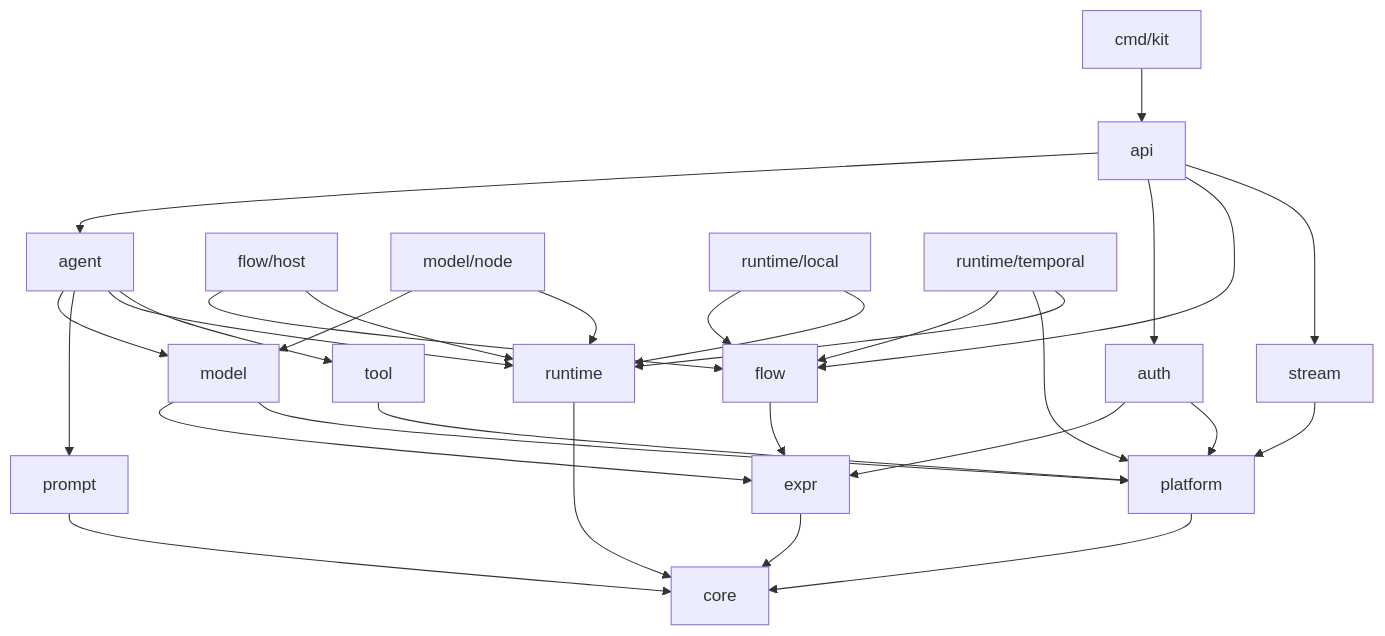
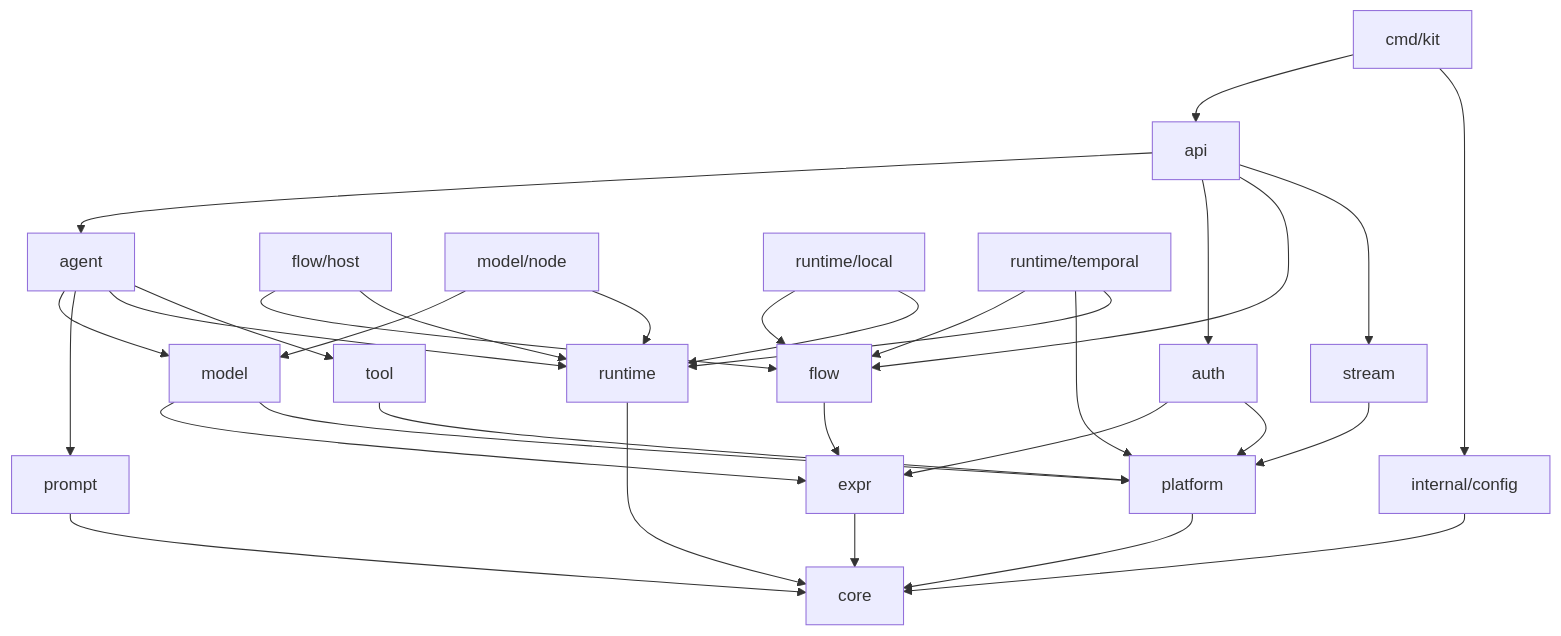
The diagram in docs/architecture/overview.md (epzero/basamento), drawn with Mermaid before and after one commit. The commit also changed other lines of this file and 3 other files, not shown here.

First line of the commit message:
docs(adr): accept ADR-0016 for the internal/config layer

````diff
--- a/docs/architecture/overview.md
+++ b/docs/architecture/overview.md
@@ -54,49 +56,52 @@
 ```mermaid
 flowchart TD
   agent["agent"]
   api["api"]
   auth["auth"]
   cmd_kit["cmd/kit"]
   core["core"]
   expr["expr"]
   flow["flow"]
   flow_host["flow/host"]
+  internal_config["internal/config"]
   model["model"]
   model_node["model/node"]
   platform["platform"]
   prompt["prompt"]
   runtime["runtime"]
   runtime_local["runtime/local"]
   runtime_temporal["runtime/temporal"]
   stream["stream"]
   tool["tool"]
   agent --> model
   agent --> prompt
   agent --> runtime
   agent --> tool
   api --> agent
   api --> auth
   api --> flow
   api --> stream
   auth --> expr
   auth --> platform
   cmd_kit --> api
+  cmd_kit --> internal_config
   expr --> core
   flow --> expr
   flow_host --> flow
   flow_host --> runtime
+  internal_config --> core
   model --> expr
   model --> platform
   model_node --> model
   model_node --> runtime
   platform --> core
   prompt --> core
   runtime --> core
   runtime_local --> flow
   runtime_local --> runtime
   runtime_temporal --> flow
   runtime_temporal --> platform
   runtime_temporal --> runtime
   stream --> platform
   tool --> platform
 ```
````
